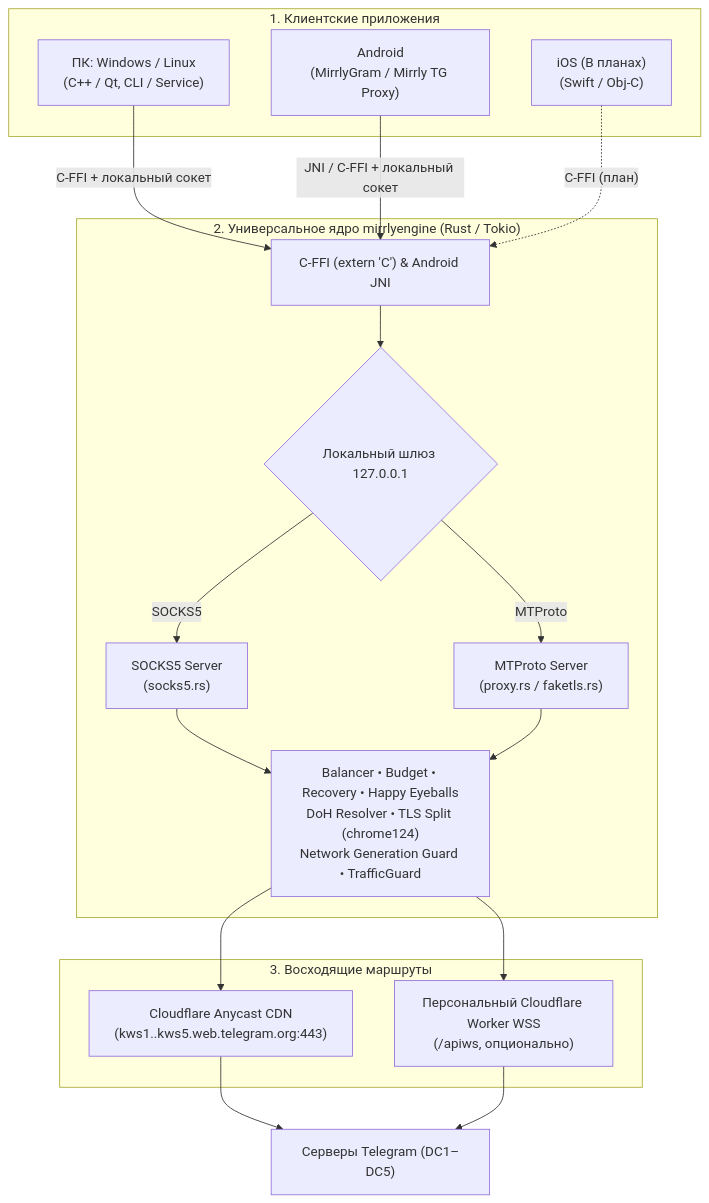
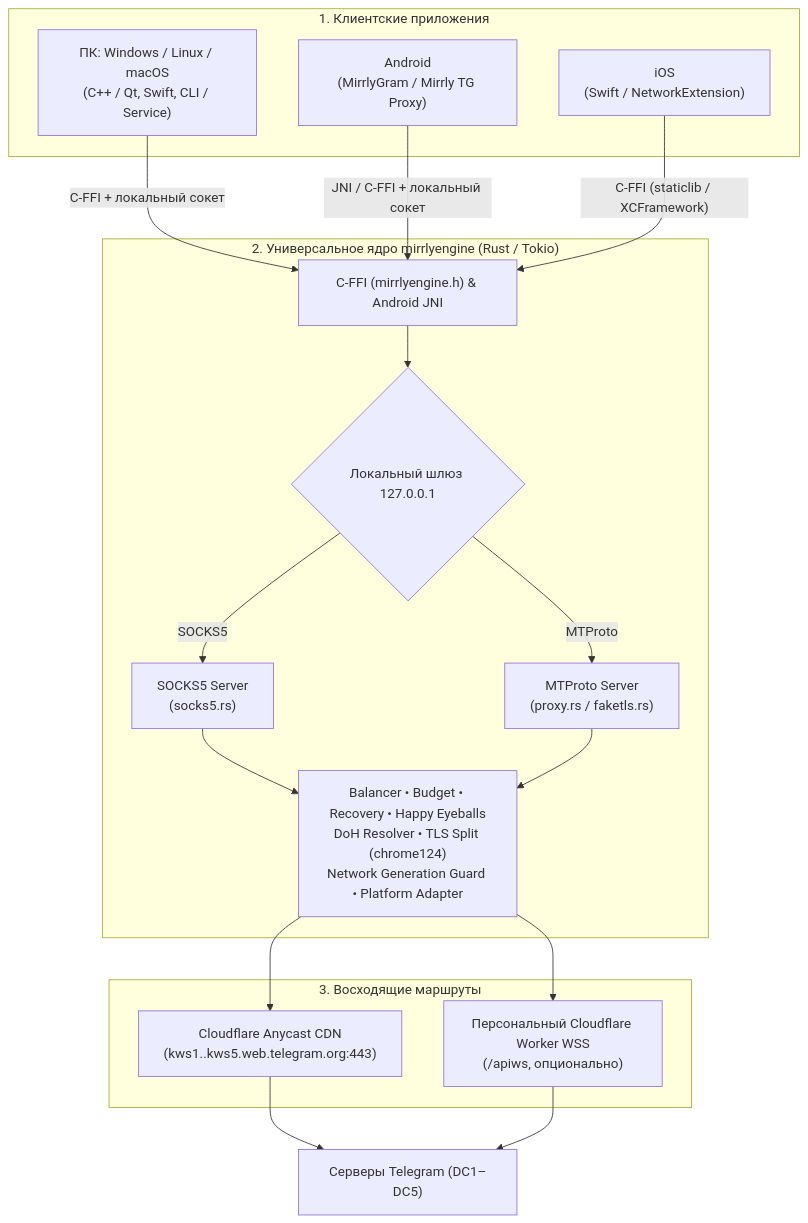
One commit to joycecurcirt539-dot/mirrlyengine changed the diagram in README.md. Above: the diagram before and after it, drawn with Mermaid. The commit also changed other lines of this file and 20 other files, not shown here.

Commit message:
feat: adapt mirrlyengine for Android, Linux, Windows, macOS, and iOS and remove APK guard

````diff
--- a/README.md
+++ b/README.md
@@ -109,36 +113,36 @@
 ```mermaid
 flowchart TD
     subgraph Clients ["1. Клиентские приложения"]
-        PC["ПК: Windows / Linux\n(C++ / Qt, CLI / Service)"]
+        PC["ПК: Windows / Linux / macOS\n(C++ / Qt, Swift, CLI / Service)"]
         AND["Android\n(MirrlyGram / Mirrly TG Proxy)"]
-        IOS["iOS (В планах)\n(Swift / Obj-C)"]
+        IOS["iOS\n(Swift / NetworkExtension)"]
     end
 
     subgraph RustCore ["2. Универсальное ядро mirrlyengine (Rust / Tokio)"]
-        ABI["C-FFI (extern 'C') & Android JNI"]
+        ABI["C-FFI (mirrlyengine.h) & Android JNI"]
         Gateway{"Локальный шлюз 127.0.0.1"}
         SOCKS["SOCKS5 Server\n(socks5.rs)"]
         MTP["MTProto Server\n(proxy.rs / faketls.rs)"]
-        NetStack["Balancer • Budget • Recovery • Happy Eyeballs\nDoH Resolver • TLS Split (chrome124)\nNetwork Generation Guard • TrafficGuard"]
+        NetStack["Balancer • Budget • Recovery • Happy Eyeballs\nDoH Resolver • TLS Split (chrome124)\nNetwork Generation Guard • Platform Adapter"]
 
         PC -->|"C-FFI + локальный сокет"| ABI
         AND -->|"JNI / C-FFI + локальный сокет"| ABI
-        IOS -.->|"C-FFI (план)"| ABI
+        IOS -->|"C-FFI (staticlib / XCFramework)"| ABI
 
         ABI --> Gateway
         Gateway -->|"SOCKS5"| SOCKS
         Gateway -->|"MTProto"| MTP
         SOCKS --> NetStack
         MTP --> NetStack
     end
 
     subgraph Uplinks ["3. Восходящие маршруты"]
         Anycast["Cloudflare Anycast CDN\n(kws1..kws5.web.telegram.org:443)"]
         Worker["Персональный Cloudflare Worker WSS\n(/apiws, опционально)"]
         NetStack --> Anycast
         NetStack --> Worker
     end
 
     Anycast --> TG_DC["Серверы Telegram (DC1–DC5)"]
     Worker --> TG_DC
 ```
````
